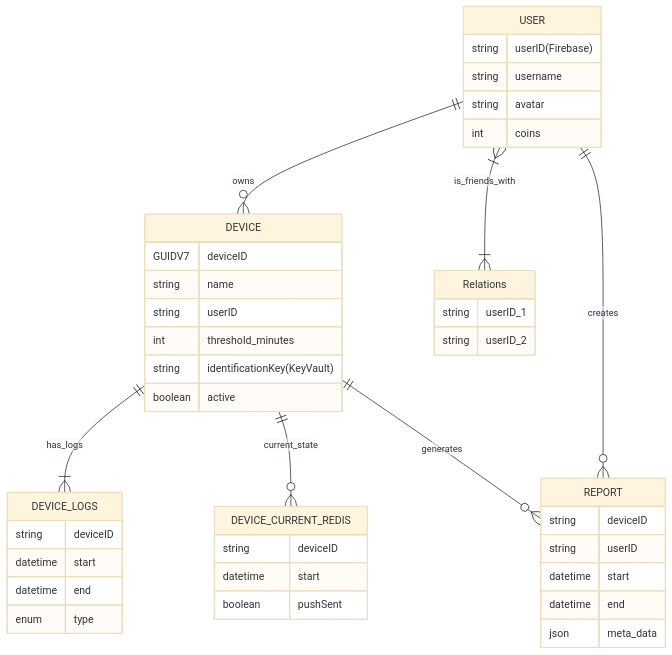
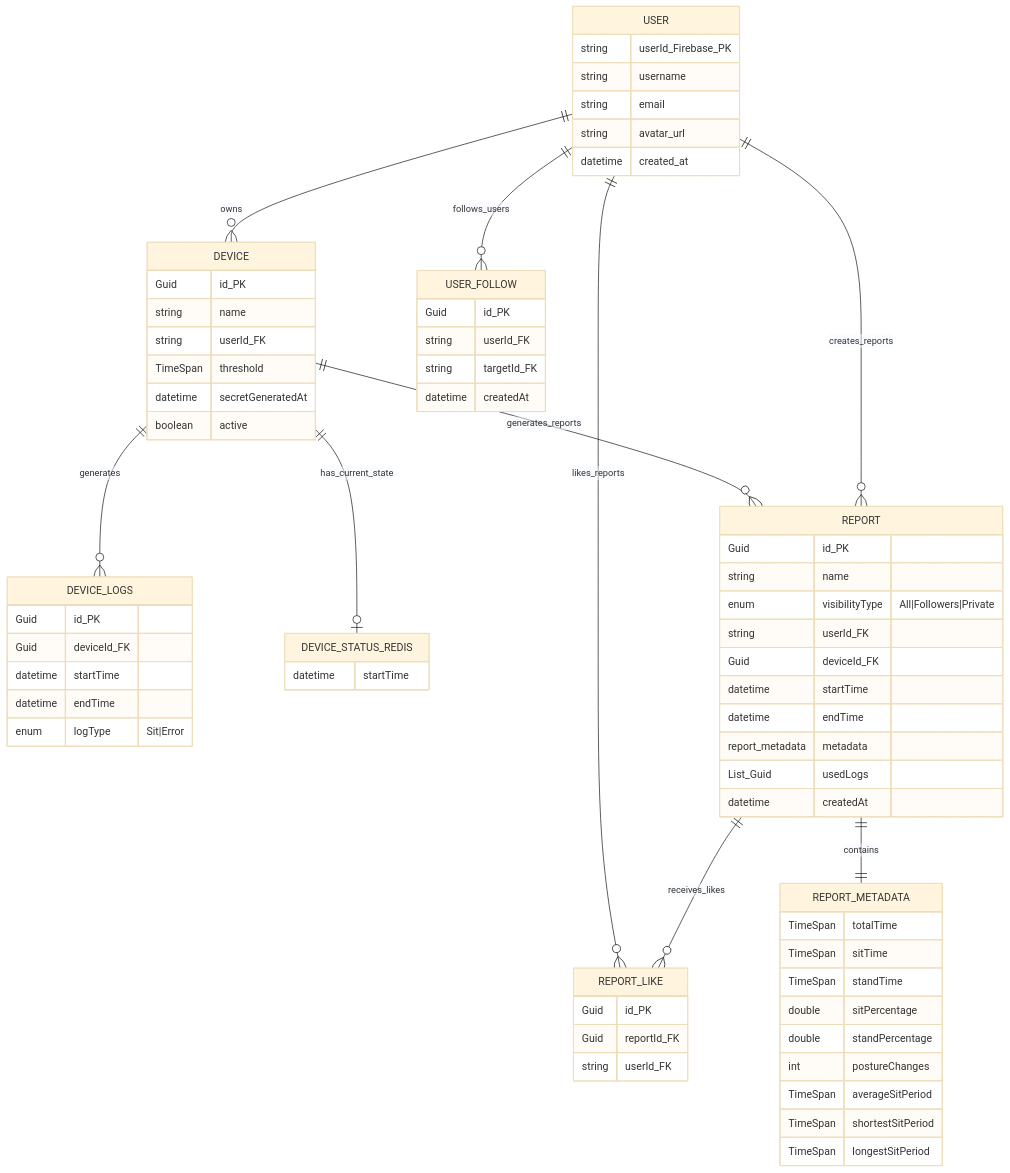
Before and after one commit to Back-Buddy/Backend: the second of 3 diagrams in README.md, drawn with Mermaid (base theme). The commit also changed other lines of this file, not shown here.

````diff
--- a/README.md
+++ b/README.md
@@ -64,52 +248,80 @@
 ```mermaid
-   erDiagram
+erDiagram
     USER {
-        string userID(Firebase)
+        string userId_Firebase_PK
         string username
-        string avatar
-        int coins
+        string email
+        string avatar_url
+        datetime created_at
     }
 
     DEVICE {
-        GUIDV7 deviceID
+        Guid id_PK
         string name
-        string userID
-        int threshold_minutes
-        string identificationKey(KeyVault)
+        string userId_FK
+        TimeSpan threshold
+        datetime secretGeneratedAt
         boolean active
     }
 
     DEVICE_LOGS {
-        string deviceID
-        datetime start
-        datetime end
-        enum type
+        Guid id_PK
+        Guid deviceId_FK
+        datetime startTime
+        datetime endTime
+        enum logType "Sit|Error"
     }
 
-    DEVICE_CURRENT_REDIS {
-        string deviceID
-        datetime start
-        boolean pushSent
+    DEVICE_STATUS_REDIS {
+        datetime startTime
     }
 
     REPORT {
-        string deviceID
-        string userID
-        datetime start
-        datetime end
-        json meta_data
+        Guid id_PK
+        string name
+        enum visibilityType "All|Followers|Private"
+        string userId_FK
+        Guid deviceId_FK
+        datetime startTime
+        datetime endTime
+        report_metadata metadata
+        List_Guid usedLogs
+        datetime createdAt
     }
 
-    Relations {
-        string userID_1
-        string userID_2
+    REPORT_METADATA {
+        TimeSpan totalTime
+        TimeSpan sitTime
+        TimeSpan standTime
+        double sitPercentage
+        double standPercentage
+        int postureChanges
+        TimeSpan averageSitPeriod
+        TimeSpan shortestSitPeriod
+        TimeSpan longestSitPeriod
     }
 
-    %% Beziehungen %%
-    USER  ||--o{  DEVICE                : owns
-    DEVICE||--|{  DEVICE_LOGS           : has_logs
-    DEVICE||--o{  DEVICE_CURRENT_REDIS  : current_state
-    DEVICE||--o{  REPORT                : generates
-    USER  ||--o{  REPORT                : creates
-    USER  }|--|{  Relations             : is_friends_with
+    REPORT_LIKE {
+        Guid id_PK
+        Guid reportId_FK
+        string userId_FK
+    }
+
+    USER_FOLLOW {
+        Guid id_PK
+        string userId_FK
+        string targetId_FK
+        datetime createdAt
+    }
+
+    %% Relationships
+    USER ||--o{ DEVICE : "owns"
+    DEVICE ||--o{ DEVICE_LOGS : "generates"
+    DEVICE ||--o| DEVICE_STATUS_REDIS : "has_current_state"
+    DEVICE ||--o{ REPORT : "generates_reports"
+    USER ||--o{ REPORT : "creates_reports"
+    USER ||--o{ USER_FOLLOW : "follows_users"
+    USER ||--o{ REPORT_LIKE : "likes_reports"
+    REPORT ||--o{ REPORT_LIKE : "receives_likes"
+    REPORT ||--|| REPORT_METADATA : "contains"
 ```
````
